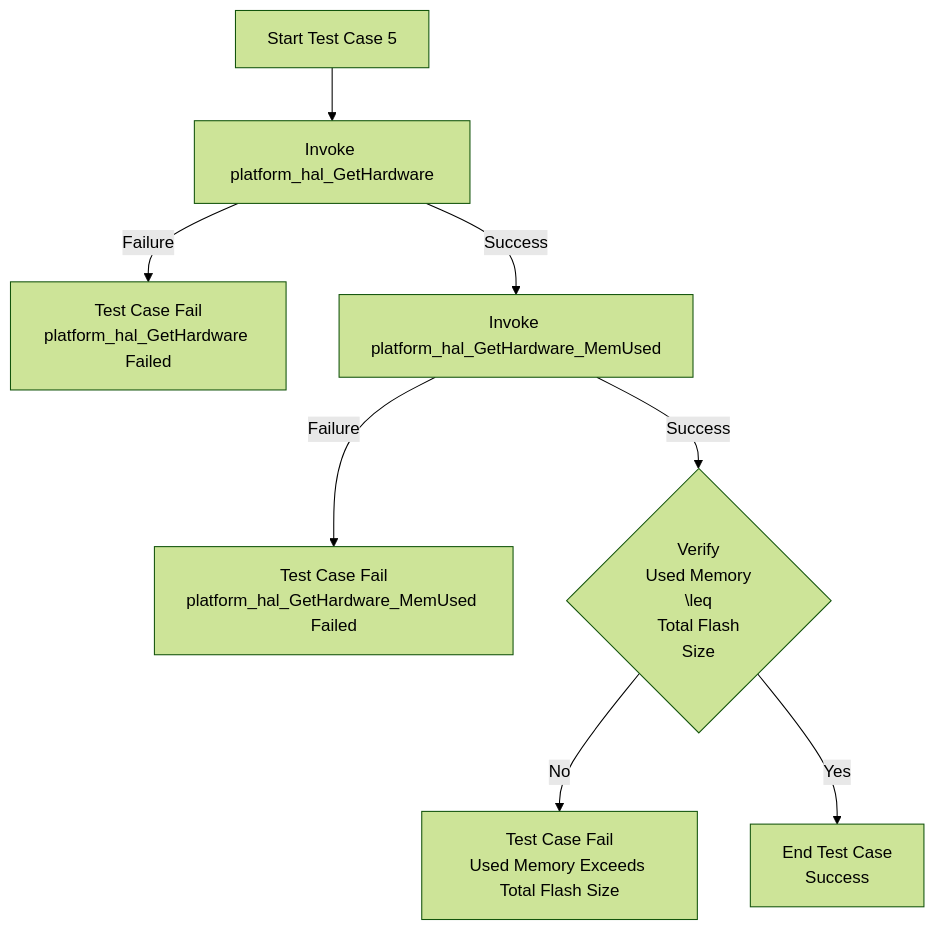
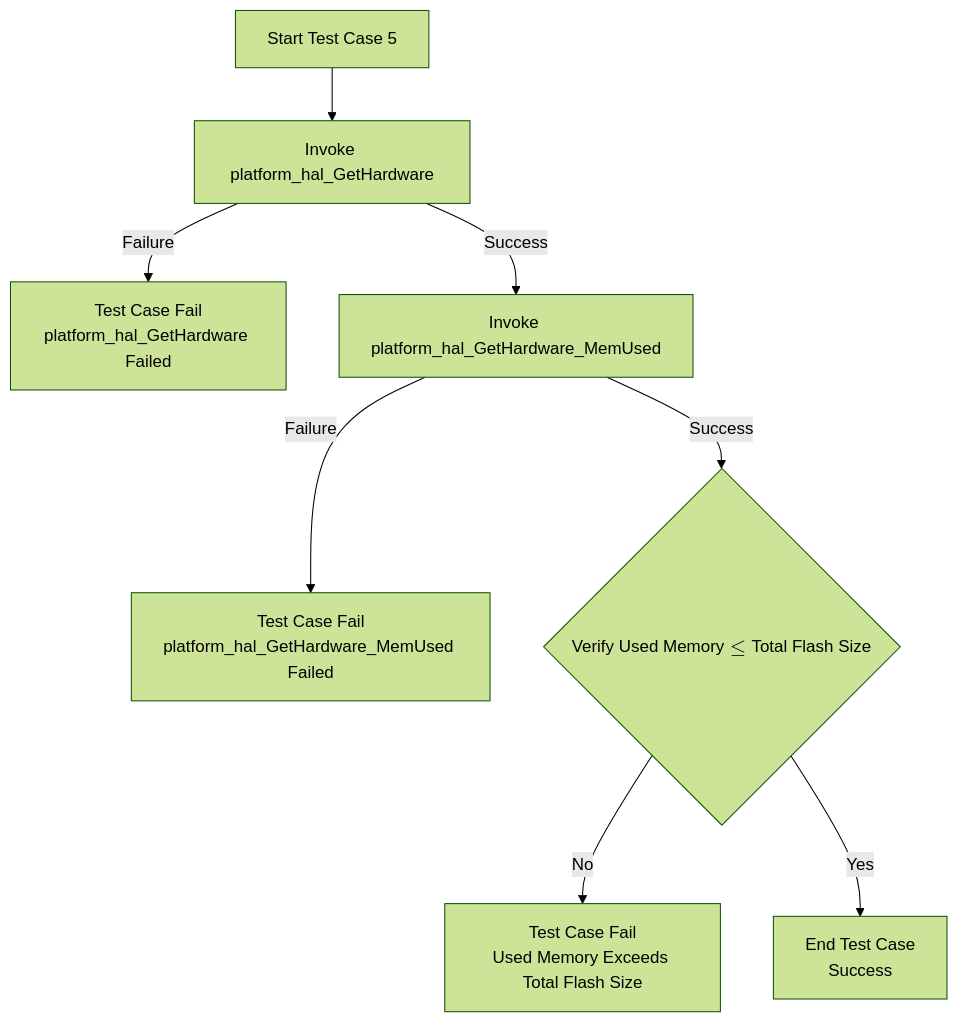
Before and after one commit to rdkcentral/rdkb-halif-test-platform: the fifth of 14 diagrams in docs/pages/platform_hal_mermaid.md, drawn with Mermaid (forest theme).

````diff
--- a/docs/pages/platform_hal_mermaid.md
+++ b/docs/pages/platform_hal_mermaid.md
@@ -67,10 +67,10 @@
 ```mermaid
 flowchart TD
     A[Start Test Case 5] --> B[Invoke platform_hal_GetHardware]
     B -->|Failure| X[Test Case Fail<br>platform_hal_GetHardware Failed]
     B -->|Success| C[Invoke platform_hal_GetHardware_MemUsed]
     C -->|Failure| Y[Test Case Fail<br>platform_hal_GetHardware_MemUsed Failed]
-    C -->|Success| D{Verify <br>Used Memory <br> \leq <br> Total Flash <br> Size}
+    C -->|Success| D{Verify <br>Used Memory <br> $$\leq$$ <br> Total Flash <br> Size}
     D -->|No| F[Test Case Fail<br>Used Memory Exceeds Total Flash Size]
     D -->|Yes| E[End Test Case<br>Success]
 ```
````
